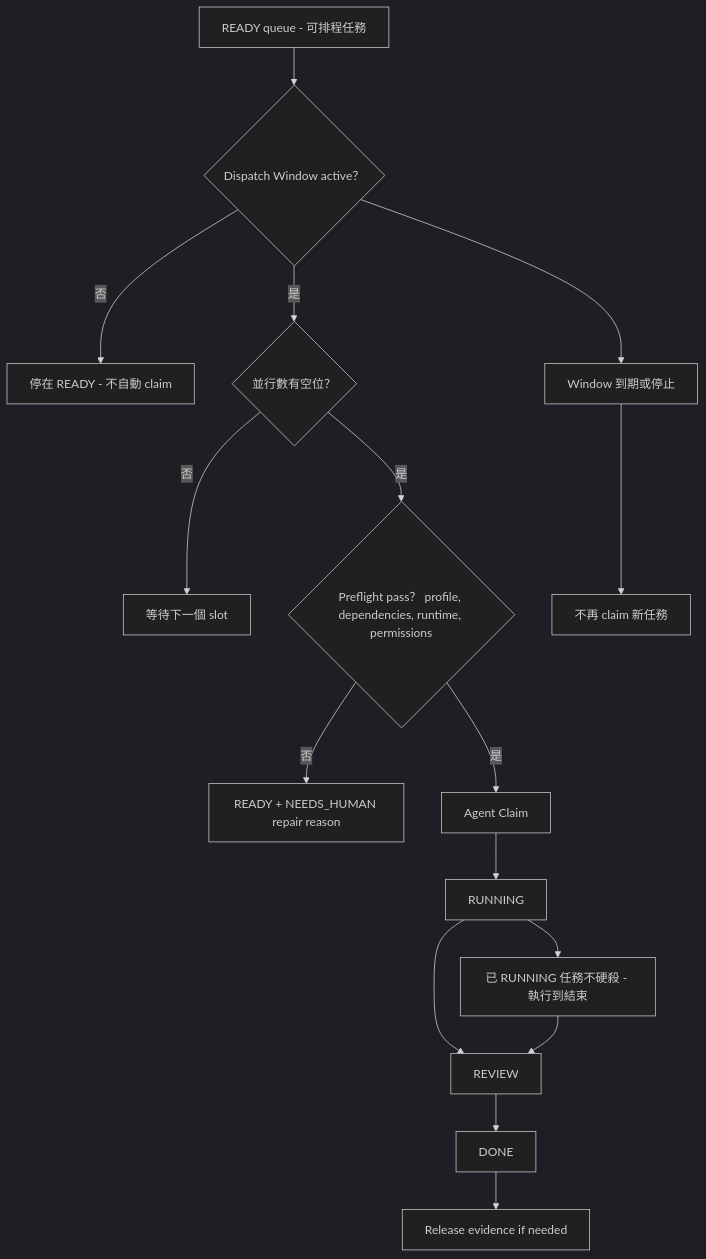
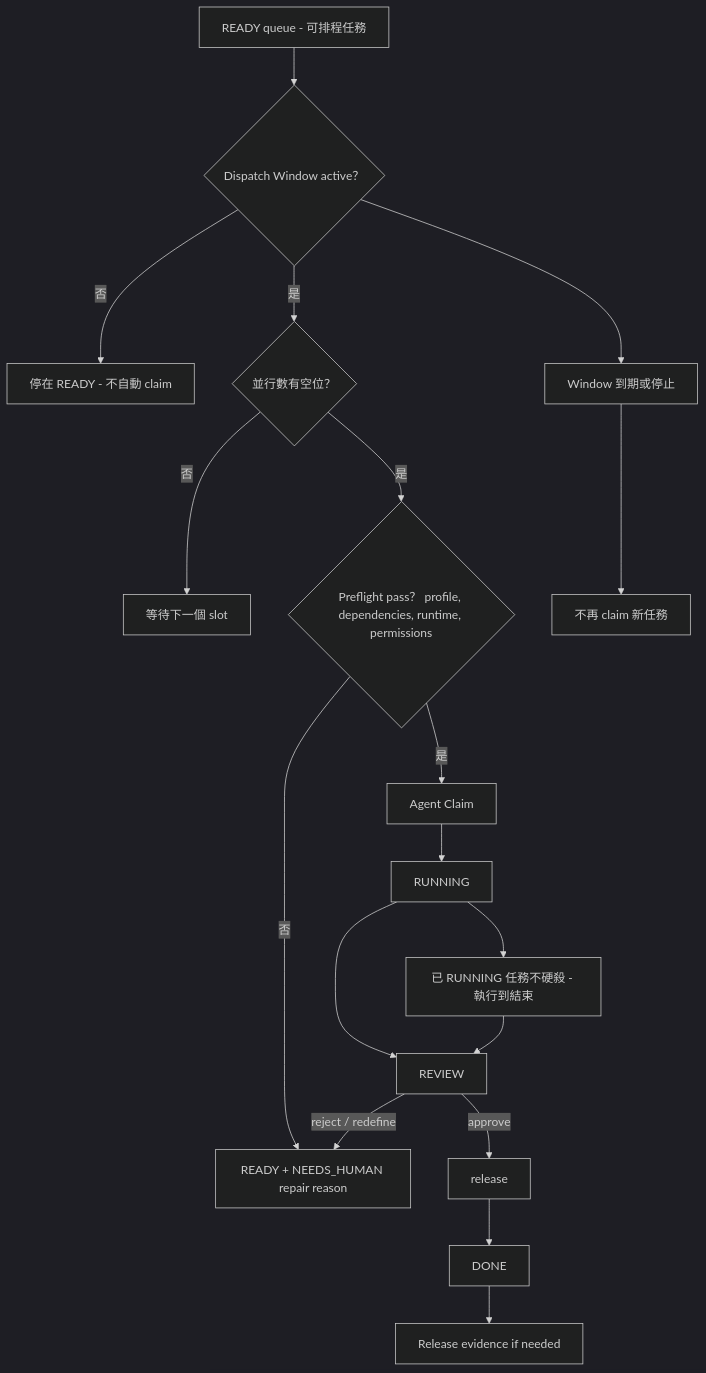
One commit to samzhu/grimoAPP changed diagram 11 of 14 in docs/grimo/PRD.md. Above: the diagram before and after it, drawn with Mermaid (dark theme). The commit also changed other lines of this file and 29 other files, not shown here.

````diff
--- a/docs/grimo/PRD.md
+++ b/docs/grimo/PRD.md
@@ -350,19 +354,21 @@
 ```mermaid
 graph TD
   ReadyQueue["READY queue - 可排程任務"] --> Window{"Dispatch Window active？"}
   Window -- "否" --> Wait["停在 READY - 不自動 claim"]
   Window -- "是" --> Capacity{"並行數有空位？"}
   Capacity -- "否" --> Queue["等待下一個 slot"]
   Capacity -- "是" --> Preflight{"Preflight pass？ profile, dependencies, runtime, permissions"}
   Preflight -- "否" --> ReadyRepair["READY + NEEDS_HUMAN repair reason"]
   Preflight -- "是" --> Claim["Agent Claim"]
   Claim --> Running["RUNNING"]
   Running --> Review["REVIEW"]
-  Review --> Done["DONE"]
+  Review -- "approve" --> Release["release"]
+  Release --> Done["DONE"]
+  Review -- "reject / redefine" --> ReadyRepair
   Done --> ReleaseEvidence["Release evidence if needed"]
 
   Window --> Expire["Window 到期或停止"]
   Expire --> NoNew["不再 claim 新任務"]
   Running --> Continue["已 RUNNING 任務不硬殺 - 執行到結束"]
   Continue --> Review
 ```
````
